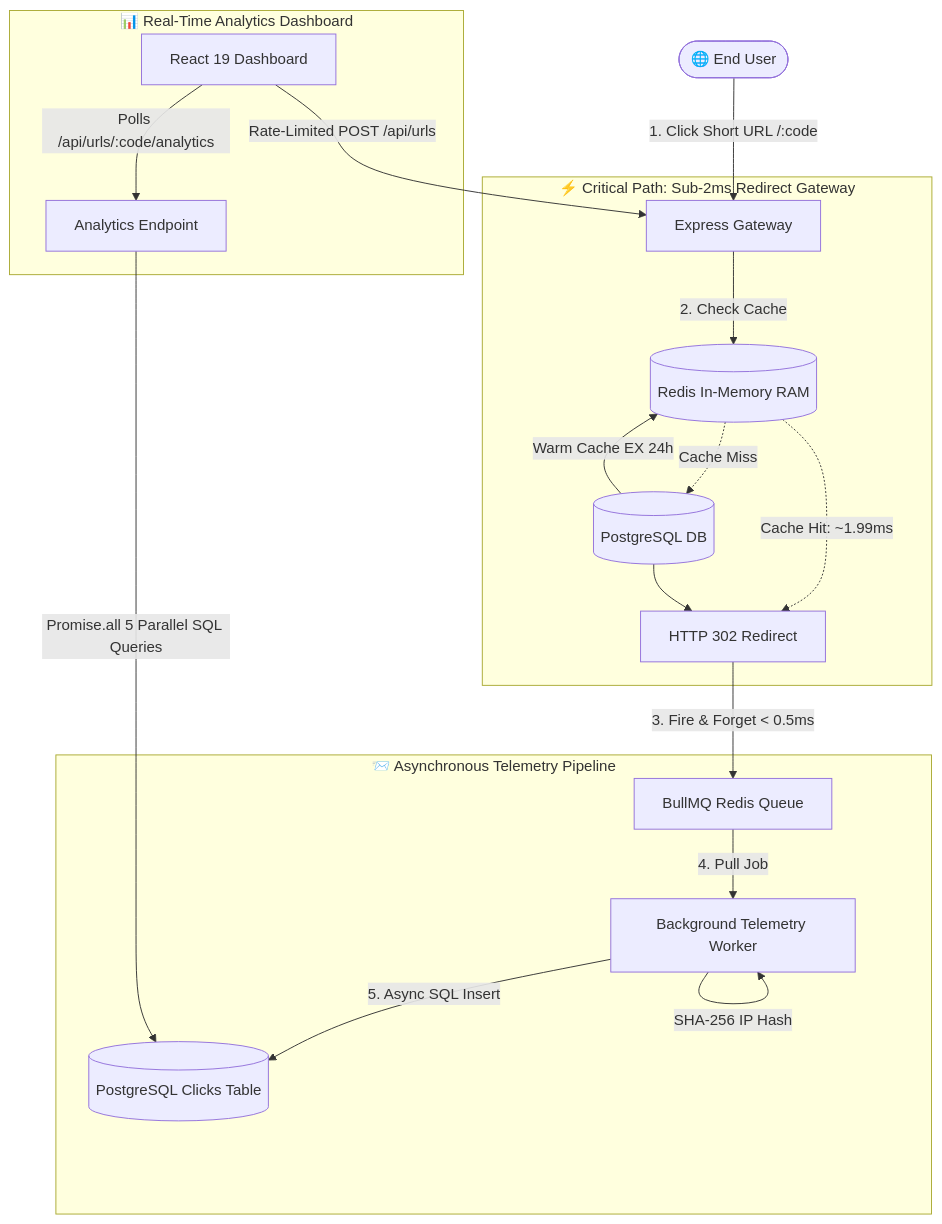
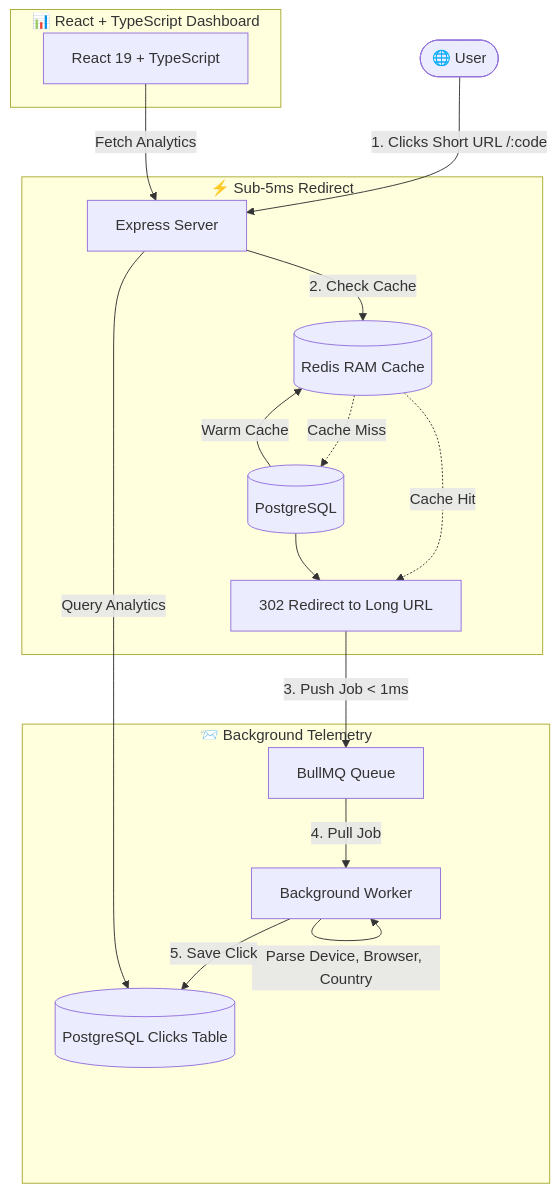
One commit to akshaykp123/pulselink changed the diagram in README.md. Above: the diagram before and after it, drawn with Mermaid. The commit also changed other lines of this file, not shown here.

Commit message:
add READ-ME

````diff
--- a/README.md
+++ b/README.md
@@ -20,26 +30,24 @@
 ```mermaid
 flowchart TD
-    User([🌐 End User]) -->|1. Click Short URL /:code| Gateway[Express Gateway]
+    User([🌐 User]) -->|1. Clicks Short URL /:code| Server[Express Server]
     
-    subgraph Read Path ["⚡ Critical Path: Sub-2ms Redirect Gateway"]
-        Gateway -->|2. Check Cache| RedisCache[(Redis In-Memory RAM)]
-        RedisCache -.->|Cache Hit: ~1.99ms| Redirect[HTTP 302 Redirect]
-        RedisCache -.->|Cache Miss| PG_Read[(PostgreSQL DB)]
-        PG_Read -->|Warm Cache EX 24h| RedisCache
-        PG_Read --> Redirect
+    subgraph Fast Path ["⚡ Sub-5ms Redirect"]
+        Server -->|2. Check Cache| Redis[(Redis RAM Cache)]
+        Redis -.->|Cache Hit| Redirect[302 Redirect to Long URL]
+        Redis -.->|Cache Miss| PG[(PostgreSQL)]
+        PG -->|Warm Cache| Redis
+        PG --> Redirect
     end
 
-    subgraph Async Pipeline ["📨 Asynchronous Telemetry Pipeline"]
-        Redirect -->|3. Fire & Forget < 0.5ms| Queue[BullMQ Redis Queue]
-        Queue -->|4. Pull Job| Worker[Background Telemetry Worker]
-        Worker -->|GeoIP, UA-Parser, Referrer| Worker
-        Worker -->|SHA-256 IP Hash| Worker
-        Worker -->|5. Async SQL Insert| PG_Analytics[(PostgreSQL Clicks Table)]
+    subgraph Async Analytics ["📨 Background Telemetry"]
+        Redirect -->|3. Push Job < 1ms| Queue[BullMQ Queue]
+        Queue -->|4. Pull Job| Worker[Background Worker]
+        Worker -->|Parse Device, Browser, Country| Worker
+        Worker -->|5. Save Click| PG_Analytics[(PostgreSQL Clicks Table)]
     end
 
-    subgraph Client UI ["📊 Real-Time Analytics Dashboard"]
-        Dashboard[React 19 Dashboard] -->|Polls /api/urls/:code/analytics| ExpressAnalytics[Analytics Endpoint]
-        ExpressAnalytics -->|Promise.all 5 Parallel SQL Queries| PG_Analytics
-        Dashboard -->|Rate-Limited POST /api/urls| Gateway
+    subgraph Frontend ["📊 React + TypeScript Dashboard"]
+        Dashboard[React 19 + TypeScript] -->|Fetch Analytics| Server
+        Server -->|Query Analytics| PG_Analytics
     end
 ```
````
